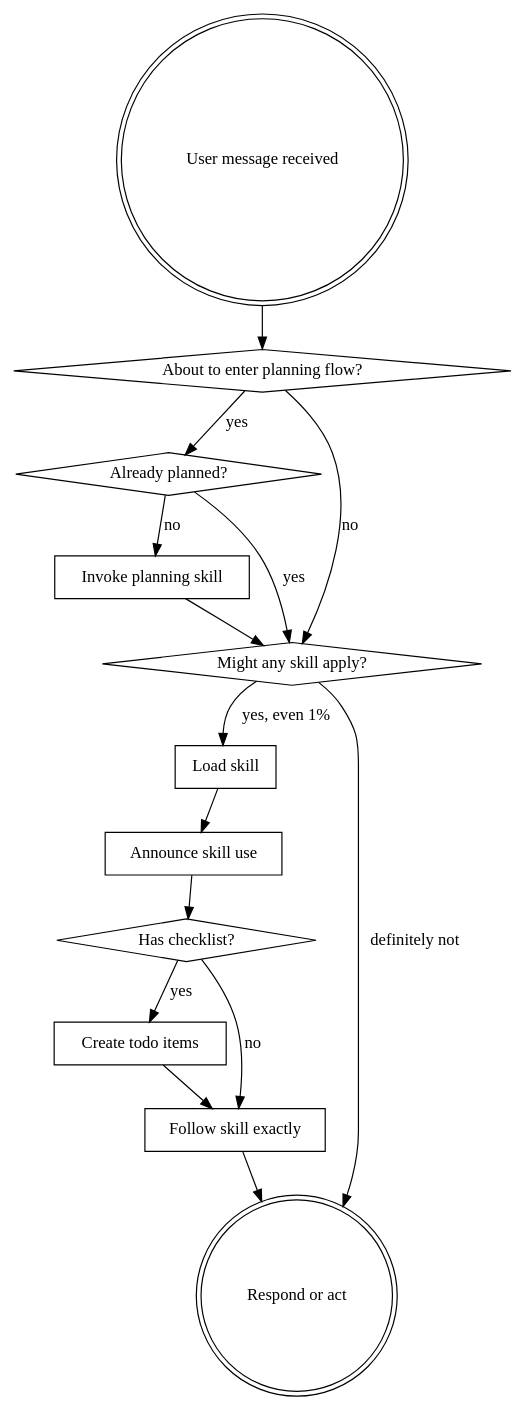
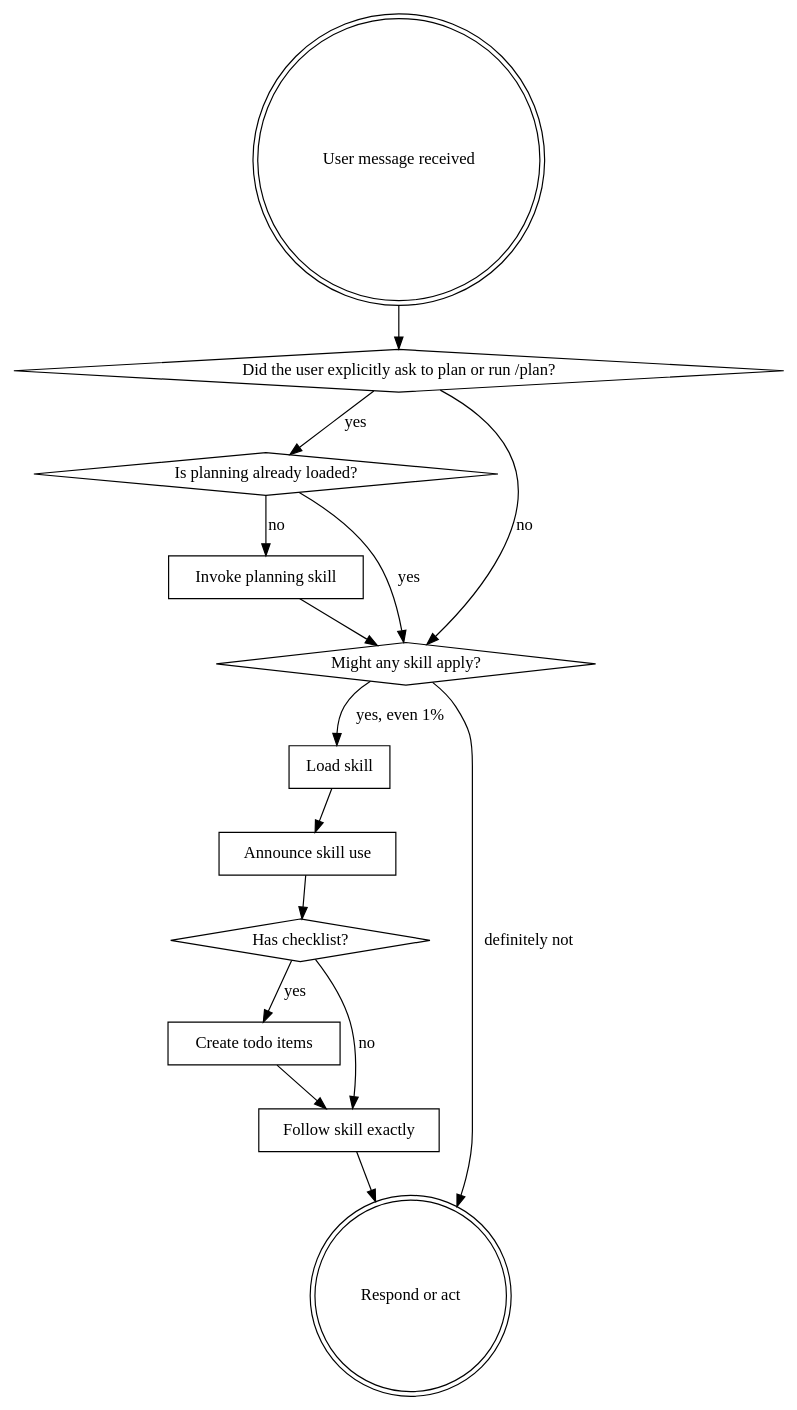
The diagram in extension/skills/using-know-how/SKILL.md (clashmar/know-how), drawn with Graphviz before and after one commit. The commit also changed other lines of this file and 2 other files, not shown here.

Commit message:
fix(planning): only enter planning on explicit use

````diff
--- a/extension/skills/using-know-how/SKILL.md
+++ b/extension/skills/using-know-how/SKILL.md
@@ -40,30 +42,30 @@
 ```dot
 digraph skill_flow {
     "User message received" [shape=doublecircle];
-    "About to enter planning flow?" [shape=diamond];
-    "Already planned?" [shape=diamond];
+    "Did the user explicitly ask to plan or run /plan?" [shape=diamond];
+    "Is planning already loaded?" [shape=diamond];
     "Invoke planning skill" [shape=box];
     "Might any skill apply?" [shape=diamond];
     "Load skill" [shape=box];
     "Announce skill use" [shape=box];
     "Has checklist?" [shape=diamond];
     "Create todo items" [shape=box];
     "Follow skill exactly" [shape=box];
     "Respond or act" [shape=doublecircle];
 
-    "User message received" -> "About to enter planning flow?";
-    "About to enter planning flow?" -> "Already planned?" [label="yes"];
-    "About to enter planning flow?" -> "Might any skill apply?" [label="no"];
-    "Already planned?" -> "Invoke planning skill" [label="no"];
-    "Already planned?" -> "Might any skill apply?" [label="yes"];
+    "User message received" -> "Did the user explicitly ask to plan or run /plan?";
+    "Did the user explicitly ask to plan or run /plan?" -> "Is planning already loaded?" [label="yes"];
+    "Did the user explicitly ask to plan or run /plan?" -> "Might any skill apply?" [label="no"];
+    "Is planning already loaded?" -> "Invoke planning skill" [label="no"];
+    "Is planning already loaded?" -> "Might any skill apply?" [label="yes"];
     "Invoke planning skill" -> "Might any skill apply?";
     "Might any skill apply?" -> "Load skill" [label="yes, even 1%"];
     "Might any skill apply?" -> "Respond or act" [label="definitely not"];
     "Load skill" -> "Announce skill use";
     "Announce skill use" -> "Has checklist?";
     "Has checklist?" -> "Create todo items" [label="yes"];
     "Has checklist?" -> "Follow skill exactly" [label="no"];
     "Create todo items" -> "Follow skill exactly";
     "Follow skill exactly" -> "Respond or act";
 }
 ```
````
